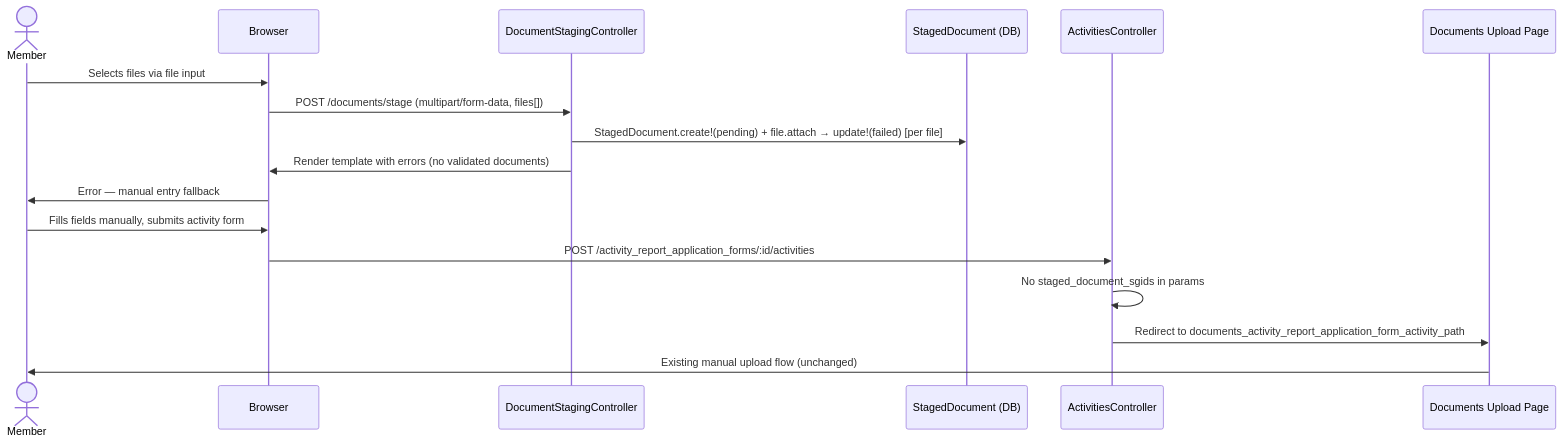
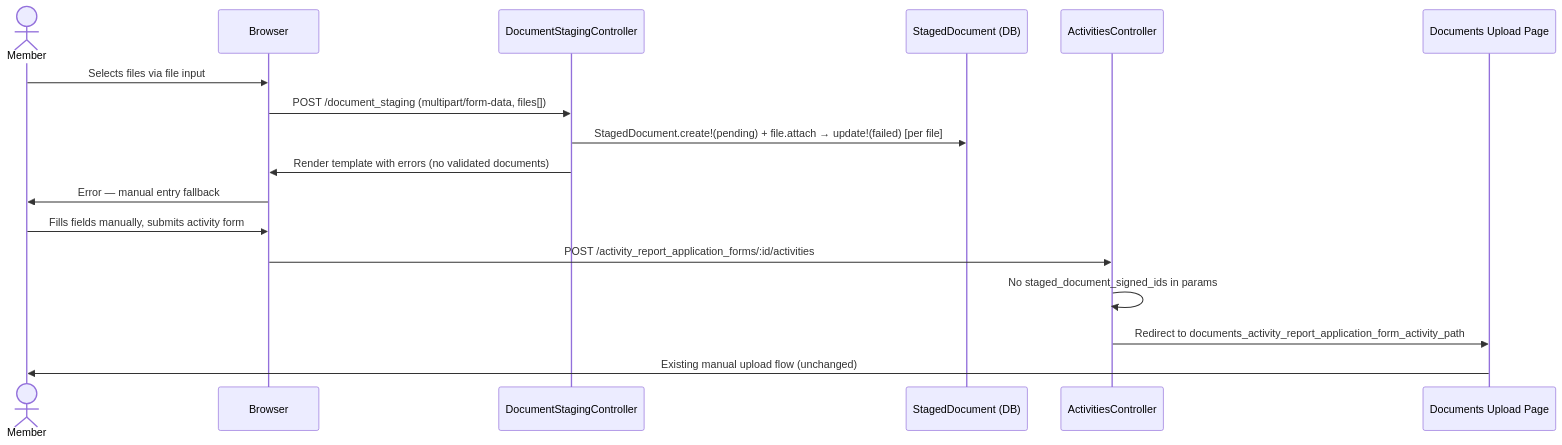
The fourth of 7 diagrams in docs/architecture/doc-ai-integration/doc-ai-api.md (navapbc/oscer), drawn with Mermaid before and after one commit. The commit also changed other lines of this file, not shown here.

````diff
--- a/docs/architecture/doc-ai-integration/doc-ai-api.md
+++ b/docs/architecture/doc-ai-integration/doc-ai-api.md
@@ -167,21 +179,21 @@
 ```mermaid
 sequenceDiagram
     actor Member
     participant Browser
     participant Staging as DocumentStagingController
     participant DB as StagedDocument (DB)
     participant Activities as ActivitiesController
     participant Upload as Documents Upload Page
 
     Member->>Browser: Selects files via file input
-    Browser->>Staging: POST /documents/stage (multipart/form-data, files[])
+    Browser->>Staging: POST /document_staging (multipart/form-data, files[])
     Staging->>DB: StagedDocument.create!(pending) + file.attach → update!(failed) [per file]
     Staging->>Browser: Render template with errors (no validated documents)
     Browser->>Member: Error — manual entry fallback
 
     Member->>Browser: Fills fields manually, submits activity form
     Browser->>Activities: POST /activity_report_application_forms/:id/activities
-    Activities->>Activities: No staged_document_sgids in params
+    Activities->>Activities: No staged_document_signed_ids in params
     Activities->>Upload: Redirect to documents_activity_report_application_form_activity_path
     Upload->>Member: Existing manual upload flow (unchanged)
 ```
````
